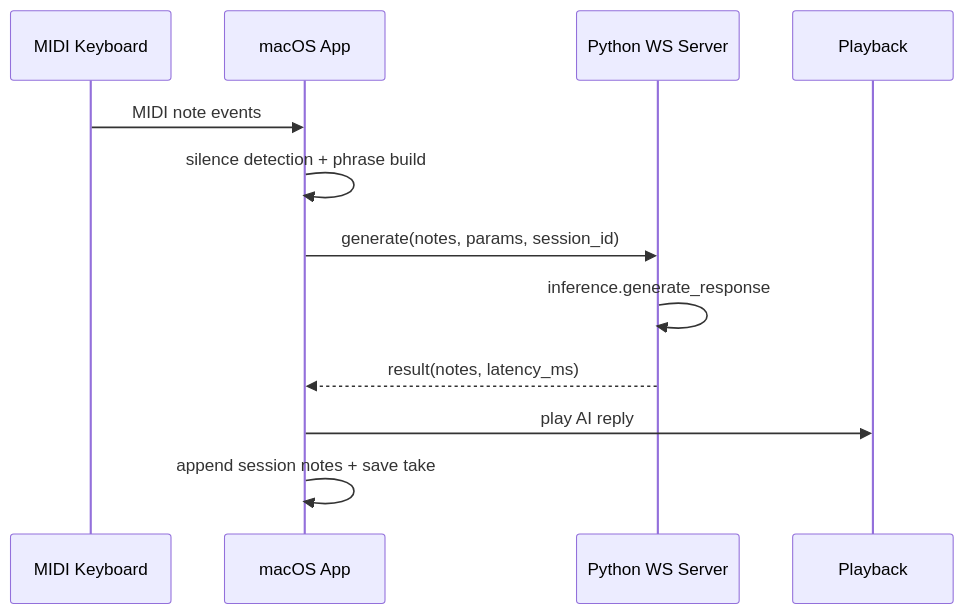
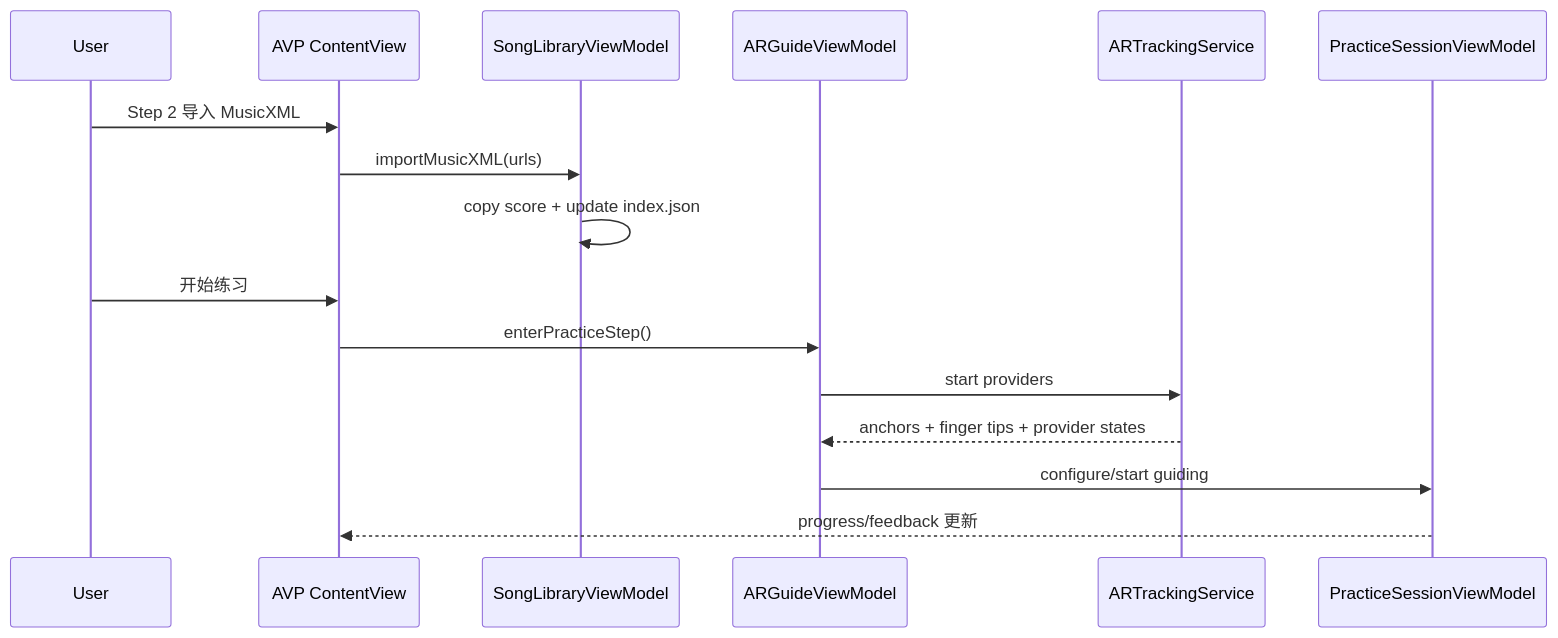
Before and after one commit to chiimagnus/HappyPianist: the diagram in .github/deepwiki/data-flow.md, drawn with Mermaid. The commit also changed other lines of this file and 12 other files, not shown here.

````diff
--- a/.github/deepwiki/data-flow.md
+++ b/.github/deepwiki/data-flow.md
@@ -63,14 +45,19 @@
 ```mermaid
 sequenceDiagram
-  participant K as MIDI Keyboard
-  participant M as macOS App
-  participant S as Python WS Server
-  participant P as Playback
-  K->>M: MIDI note events
-  M->>M: silence detection + phrase build
-  M->>S: generate(notes, params, session_id)
-  S->>S: inference.generate_response
-  S-->>M: result(notes, latency_ms)
-  M->>P: play AI reply
-  M->>M: append session notes + save take
+  participant U as User
+  participant V as AVP ContentView
+  participant L as SongLibraryViewModel
+  participant A as ARGuideViewModel
+  participant T as ARTrackingService
+  participant P as PracticeSessionViewModel
+
+  U->>V: Step 2 导入 MusicXML
+  V->>L: importMusicXML(urls)
+  L->>L: copy score + update index.json
+  U->>V: 开始练习
+  V->>A: enterPracticeStep()
+  A->>T: start providers
+  T-->>A: anchors + finger tips + provider states
+  A->>P: configure/start guiding
+  P-->>V: progress/feedback 更新
 ```
````
